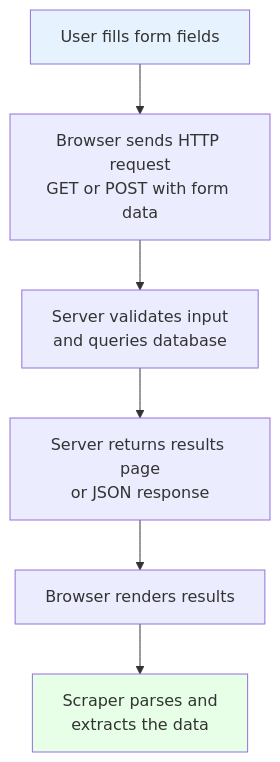
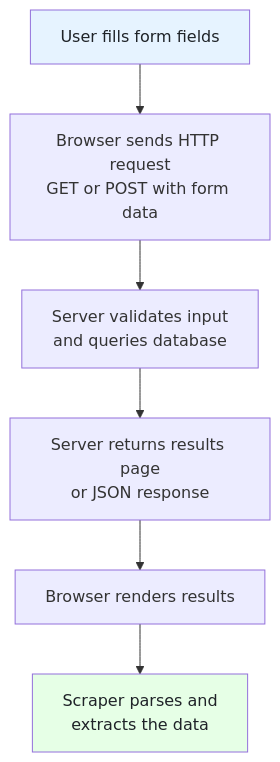
One commit to bytetunnels/bytetunnels.github.com changed the first of 5 diagrams in _posts/2026-02-17-extracting-data-behind-forms-submitting-scraping-results.md. Above: the diagram before and after it, drawn with Mermaid. The commit also changed other lines of this file and 118 other files, not shown here.

Commit message:
feat: improve diagram styling and compact wide flowcharts

````diff
--- a/_posts/2026-02-17-extracting-data-behind-forms-submitting-scraping-results.md
+++ b/_posts/2026-02-17-extracting-data-behind-forms-submitting-scraping-results.md
@@ -21,11 +21,11 @@
 ```mermaid
 flowchart TD
     A["User fills form fields"] --> B["Browser sends HTTP request<br>GET or POST with form data"]
     B --> C["Server validates input<br>and queries database"]
     C --> D["Server returns results page<br>or JSON response"]
     D --> E["Browser renders results"]
     E --> F["Scraper parses and<br>extracts the data"]
 
-    style A fill:#e6f3ff
-    style F fill:#e6ffe6
+    style A fill:#e6f3ff,color:#1f2328
+    style F fill:#e6ffe6,color:#1f2328
 ```
````
